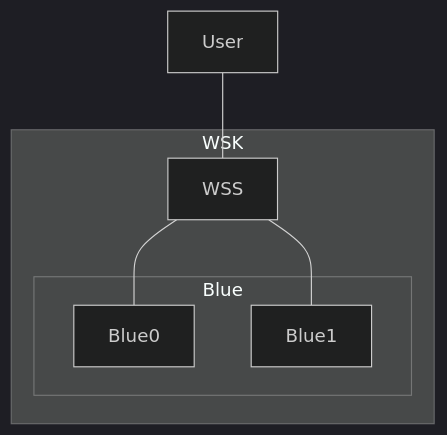
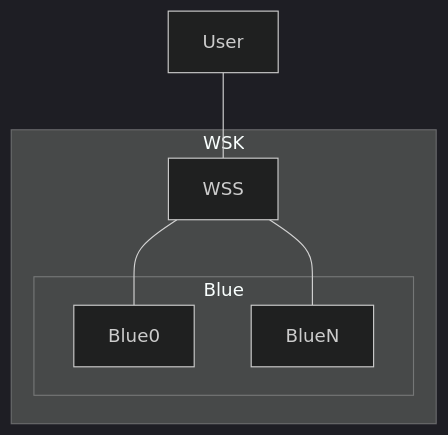
One commit to rik-howard/eg-web-server changed the first of 4 diagrams in kluster/README.md. Above: the diagram before and after it, drawn with Mermaid (dark theme). The commit also changed other lines of this file and 18 other files, not shown here.

````diff
--- a/kluster/README.md
+++ b/kluster/README.md
@@ -99,13 +135,13 @@
 ```mermaid
 graph TD
     User --- Service;
     Service --- Pod0;
     Service --- Pod1;
     subgraph Cluster [WSK]
         Service[WSS]
         subgraph Deployment [Blue]
             Pod0[Blue0]
-            Pod1[Blue1]
+            Pod1[BlueN]
         end
     end
 ```
````
